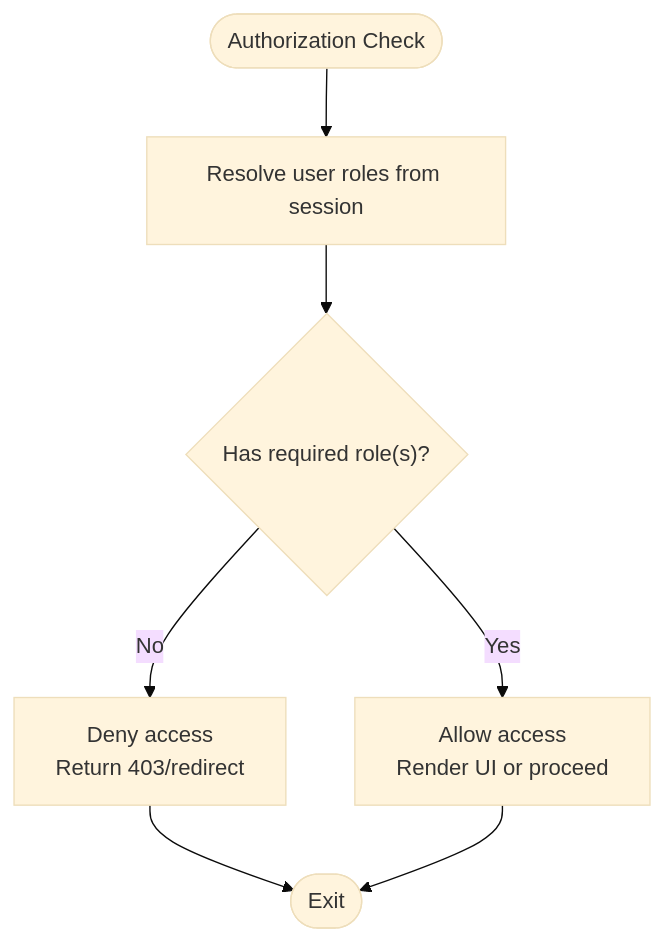
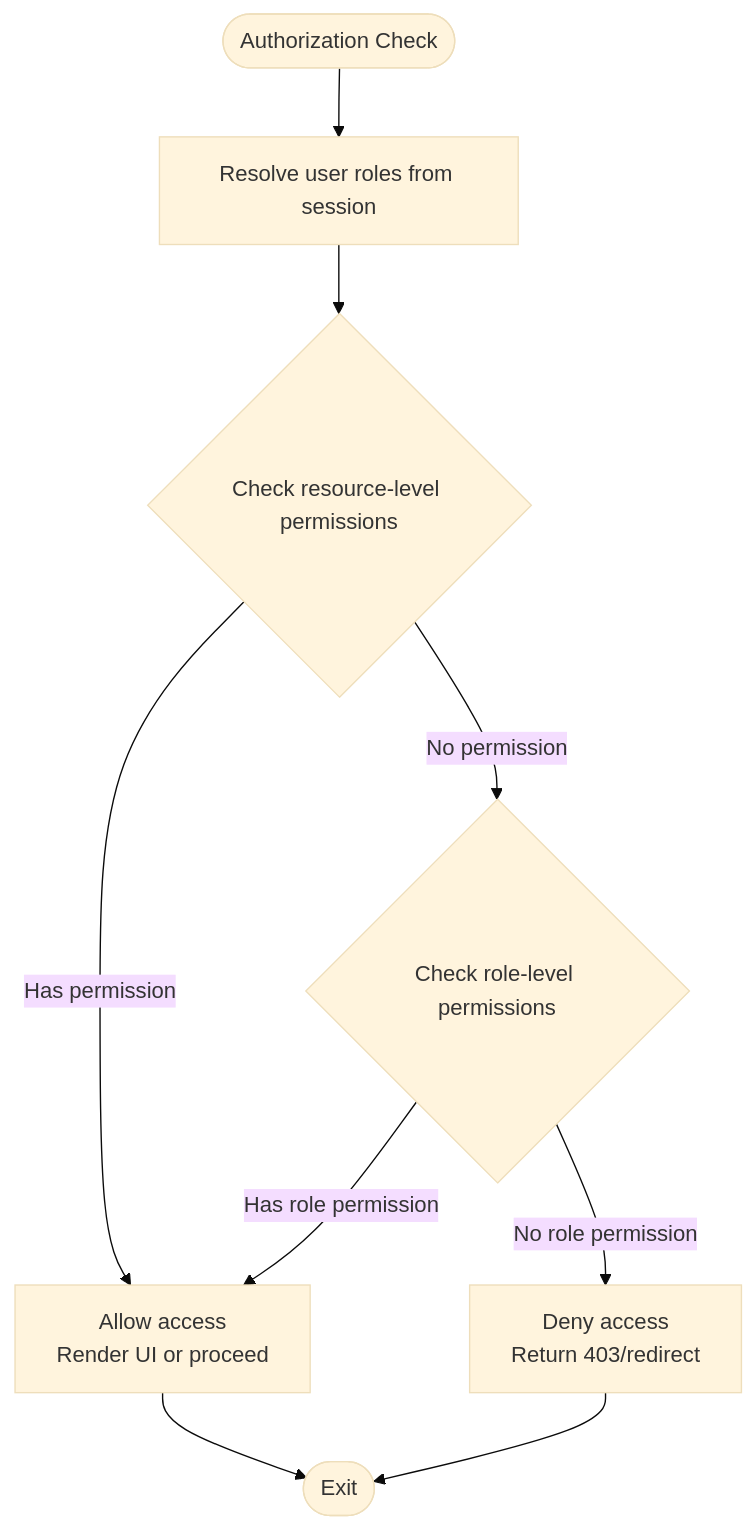
The fourth of 8 diagrams in .qoder/repowiki/en/content/Authentication & Authorization/Role-Based Access Control/Role-Based Access Control.md (ngothanhtung/claude-code-shadcn-dashboard), drawn with Mermaid (base theme) before and after one commit. The commit also changed other lines of this file and 165 other files, not shown here.

````diff
--- a/.qoder/repowiki/en/content/Authentication & Authorization/Role-Based Access Control/Role-Based Access Control.md
+++ b/.qoder/repowiki/en/content/Authentication & Authorization/Role-Based Access Control/Role-Based Access Control.md
@@ -268,9 +357,11 @@
 ```mermaid
 flowchart TD
 Start(["Authorization Check"]) --> GetUserRoles["Resolve user roles from session"]
-GetUserRoles --> HasRole{"Has required role(s)?"}
-HasRole --> |No| Deny["Deny access<br/>Return 403/redirect"]
-HasRole --> |Yes| Allow["Allow access<br/>Render UI or proceed"]
-Deny --> End(["Exit"])
-Allow --> End
+GetUserRoles --> CheckResourcePerm{"Check resource-level permissions"}
+CheckResourcePerm --> |Has permission| Allow["Allow access<br/>Render UI or proceed"]
+CheckResourcePerm --> |No permission| CheckRolePerm{"Check role-level permissions"}
+CheckRolePerm --> |Has role permission| Allow
+CheckRolePerm --> |No role permission| Deny["Deny access<br/>Return 403/redirect"]
+Allow --> End(["Exit"])
+Deny --> End
 ```
````
